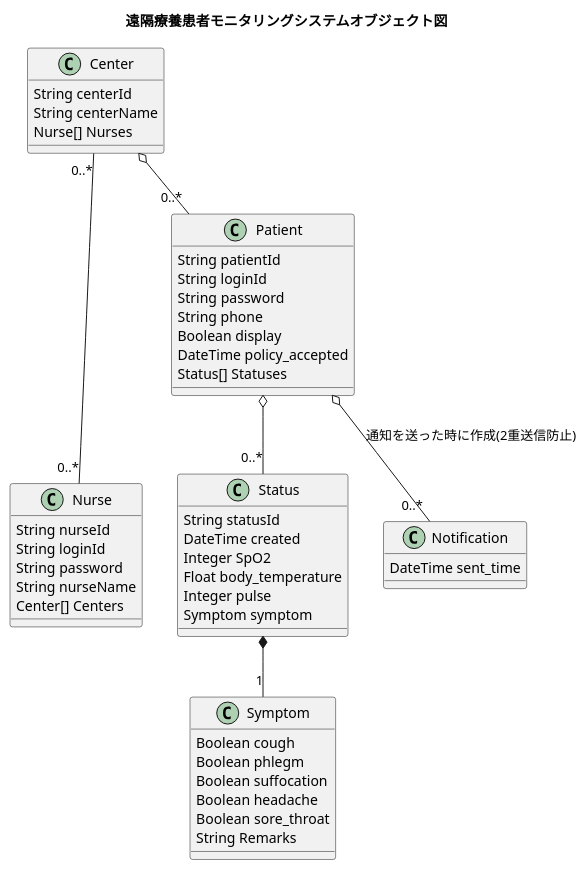
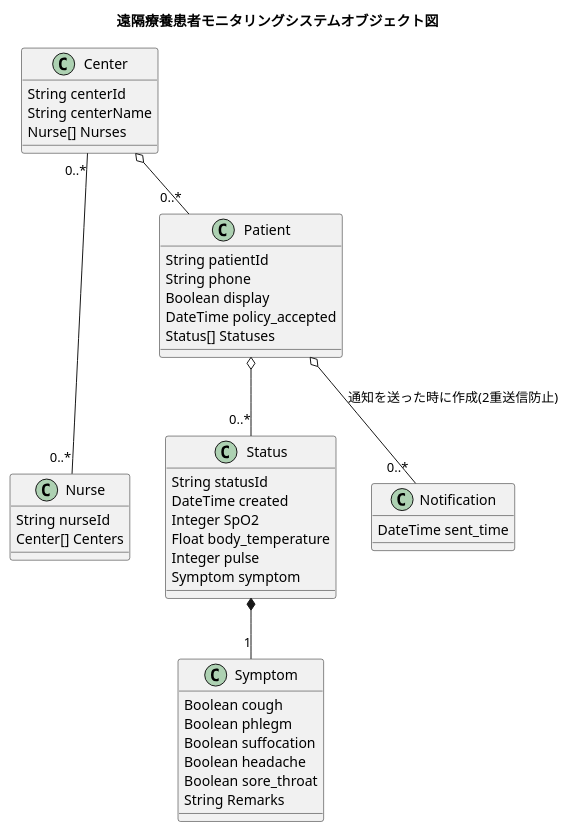
The diagram in docs/uml/CLASSES.md (codeforjapan/remote-patient-monitoring-api), drawn with PlantUML before and after one commit. The commit also changed 6 other files, not shown here.

````diff
--- a/docs/uml/CLASSES.md
+++ b/docs/uml/CLASSES.md
@@ -7,58 +7,53 @@
 ```uml
 @startuml RemotePatientMonitoring
 title 遠隔療養患者モニタリングシステムオブジェクト図
 skinparam backgroundColor white
 
 Center "0..*" --- "0..*" Nurse
 Center o-- "0..*" Patient
 Patient o-- "0..*" Status
 Status *-- "1" Symptom
 Patient o-- "0..*" Notification :通知を送った時に作成(2重送信防止)
 
 class Center {
     String centerId
     String centerName
     Nurse[] Nurses
 }
 
 class Nurse {
     String nurseId
-    String loginId
-    String password
-    String nurseName
     Center[] Centers
 }
 
 class Patient {
     String patientId
-    String loginId
-    String password
     String phone
     Boolean display
     DateTime policy_accepted
     Status[] Statuses
 }
 
 class Status {
     String statusId
     DateTime created
     Integer SpO2
     Float body_temperature
     Integer pulse
     Symptom symptom
 }
 
 class Symptom {
     Boolean cough
     Boolean phlegm
     Boolean suffocation
     Boolean headache
     Boolean sore_throat
     String Remarks
 }
 
 class Notification {
     DateTime sent_time
 }
 @enduml
 ```
````
